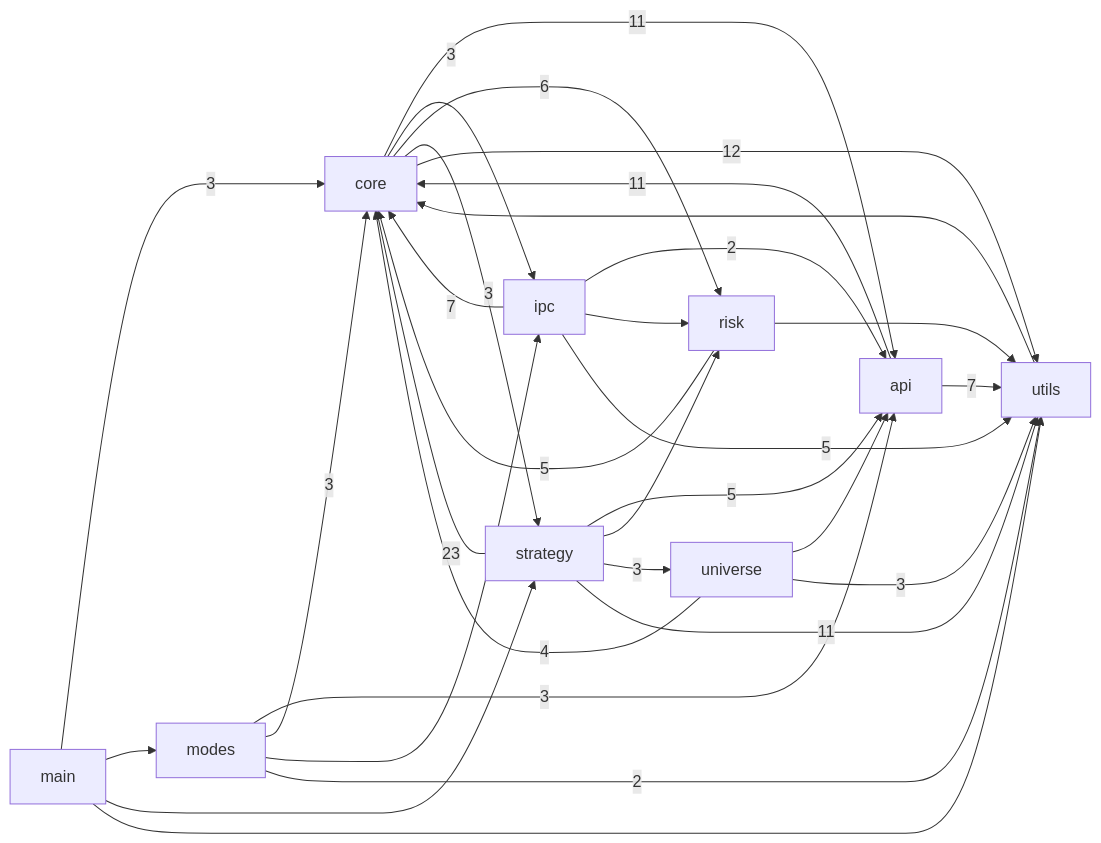
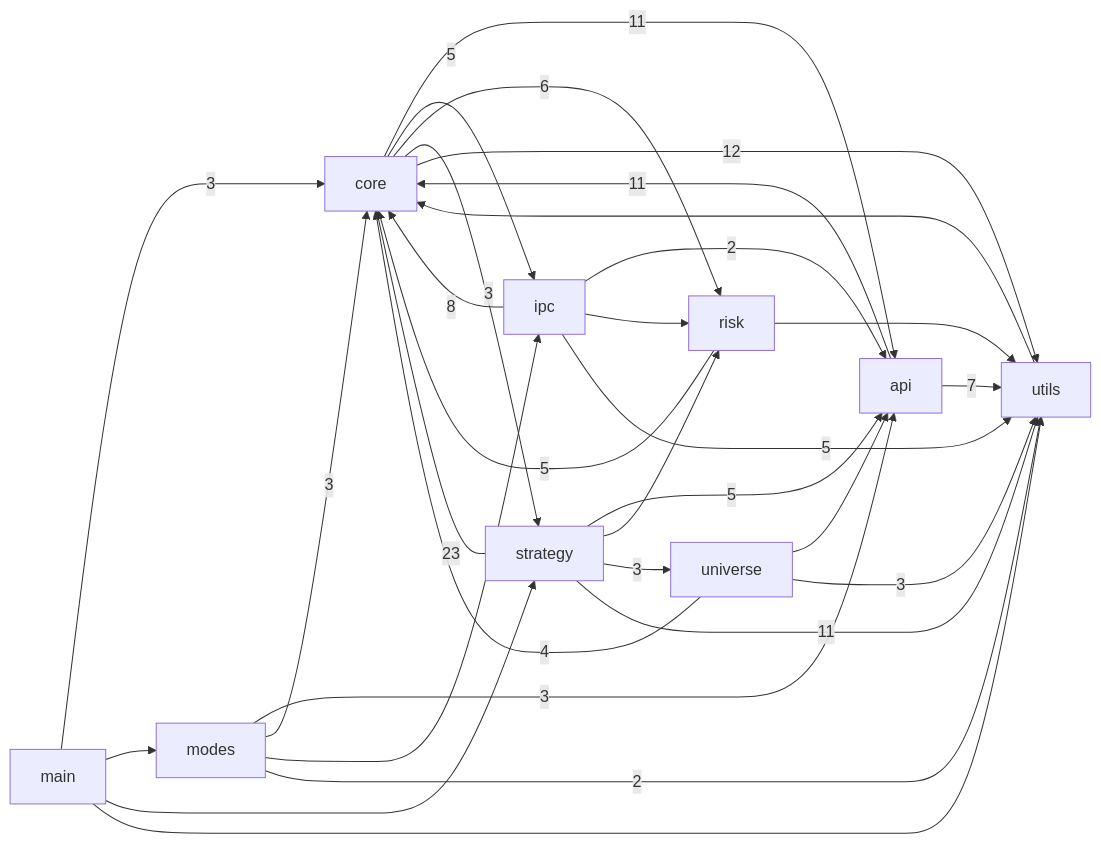
The first of 3 diagrams in docs/CODE_GRAPH.md (pypy8171/Quant), drawn with Mermaid before and after one commit. The commit also changed other lines of this file and 24 other files, not shown here.

````diff
--- a/docs/CODE_GRAPH.md
+++ b/docs/CODE_GRAPH.md
@@ -10,42 +10,42 @@
 ```mermaid
 graph LR
   main[main]
   modes[modes]
   core[core]
   strategy[strategy]
   api[api]
   universe[universe]
   risk[risk]
   ipc[ipc]
   utils[utils]
   api -->|11| core
   api -->|7| utils
   core -->|11| api
-  core -->|3| ipc
+  core -->|5| ipc
   core -->|6| risk
   core -->|3| strategy
   core -->|12| utils
   ipc -->|2| api
-  ipc -->|7| core
+  ipc -->|8| core
   ipc --> risk
   ipc -->|5| utils
   main -->|3| core
   main --> modes
   main --> strategy
   main --> utils
   modes -->|3| api
   modes -->|3| core
   modes --> ipc
   modes -->|2| utils
   risk -->|5| core
   risk --> utils
   strategy -->|5| api
   strategy -->|23| core
   strategy --> risk
   strategy -->|3| universe
   strategy -->|11| utils
   universe --> api
   universe -->|4| core
   universe -->|3| utils
   utils --> core
 ```
````
